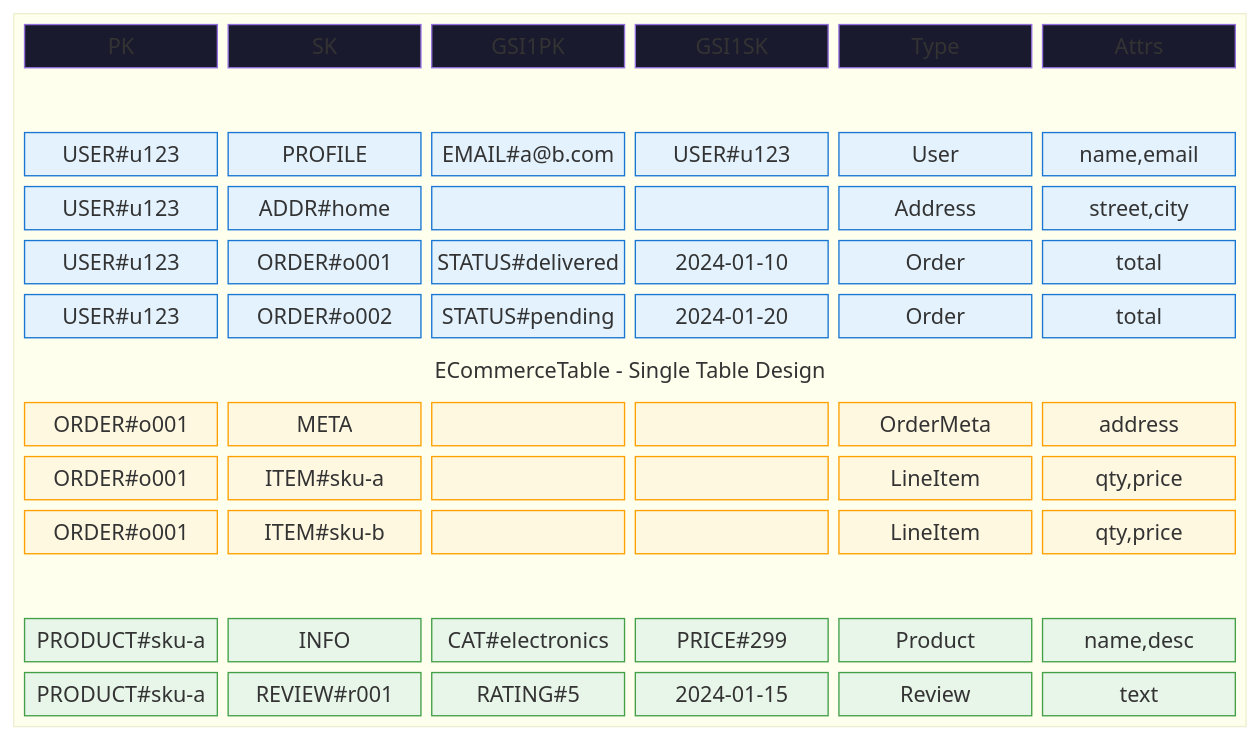
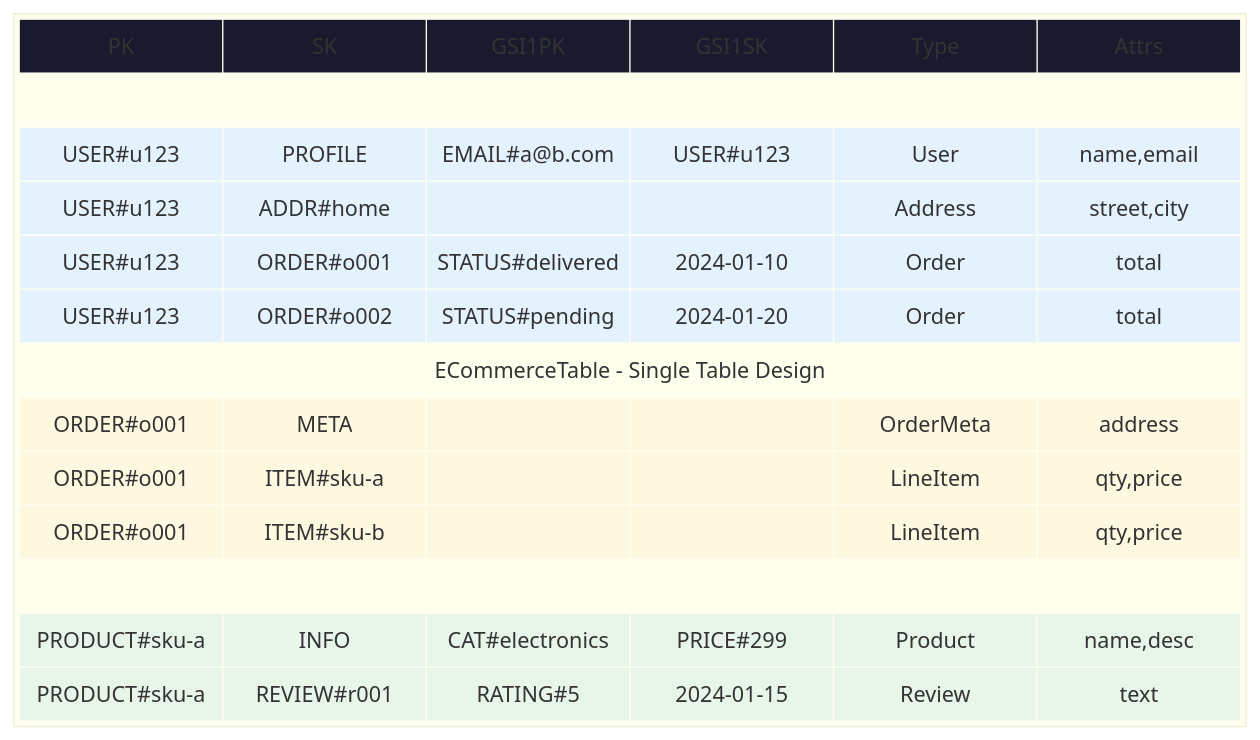
Before and after one commit to zeroae/.claude: the fourth of 4 diagrams in plugins/dynamodb/skills/design/references/table-layout-options.md, drawn with Mermaid. The commit also changed other lines of this file, not shown here.

First line of the commit message:
🎨 style(dynamodb): fix gaps between Mermaid Block cells

````diff
--- a/plugins/dynamodb/skills/design/references/table-layout-options.md
+++ b/plugins/dynamodb/skills/design/references/table-layout-options.md
@@ -232,40 +234,40 @@
 ```mermaid
 %%{init: {"block": {"padding": 8}} }%%
 block-beta
     columns 1
 
     block:title["ECommerceTable - Single Table Design"]:1
         columns 6
         H1["PK"] H2["SK"] H3["GSI1PK"] H4["GSI1SK"] H5["Type"] H6["Attrs"]
 
         space:6
 
         u1["USER#u123"] u2["PROFILE"] u3["EMAIL#a@b.com"] u4["USER#u123"] u5["User"] u6["name,email"]
         u7["USER#u123"] u8["ADDR#home"] u9[" "] u10[" "] u11["Address"] u12["street,city"]
         u13["USER#u123"] u14["ORDER#o001"] u15["STATUS#delivered"] u16["2024-01-10"] u17["Order"] u18["total"]
         u19["USER#u123"] u20["ORDER#o002"] u21["STATUS#pending"] u22["2024-01-20"] u23["Order"] u24["total"]
 
         space:6
 
         o1["ORDER#o001"] o2["META"] o3[" "] o4[" "] o5["OrderMeta"] o6["address"]
         o7["ORDER#o001"] o8["ITEM#sku-a"] o9[" "] o10[" "] o11["LineItem"] o12["qty,price"]
         o13["ORDER#o001"] o14["ITEM#sku-b"] o15[" "] o16[" "] o17["LineItem"] o18["qty,price"]
 
         space:6
 
         p1["PRODUCT#sku-a"] p2["INFO"] p3["CAT#electronics"] p4["PRICE#299"] p5["Product"] p6["name,desc"]
         p7["PRODUCT#sku-a"] p8["REVIEW#r001"] p9["RATING#5"] p10["2024-01-15"] p11["Review"] p12["text"]
     end
 
-    classDef header fill:#1a1a2e,color:#fff
+    classDef header fill:#1a1a2e,color:#fff,stroke:#1a1a2e,stroke-width:7px
     classDef nolabel color:transparent
-    classDef user fill:#e3f2fd,stroke:#1976d2
-    classDef order fill:#fff8e1,stroke:#ffa000
-    classDef product fill:#e8f5e9,stroke:#43a047
+    classDef user fill:#e3f2fd,stroke:#e3f2fd,stroke-width:7px
+    classDef order fill:#fff8e1,stroke:#fff8e1,stroke-width:7px
+    classDef product fill:#e8f5e9,stroke:#e8f5e9,stroke-width:7px
 
     class H1,H2,H3,H4,H5,H6 header
     class title nolabel
     class u1,u2,u3,u4,u5,u6,u7,u8,u9,u10,u11,u12,u13,u14,u15,u16,u17,u18,u19,u20,u21,u22,u23,u24 user
     class o1,o2,o3,o4,o5,o6,o7,o8,o9,o10,o11,o12,o13,o14,o15,o16,o17,o18 order
     class p1,p2,p3,p4,p5,p6,p7,p8,p9,p10,p11,p12 product
 ```
````
